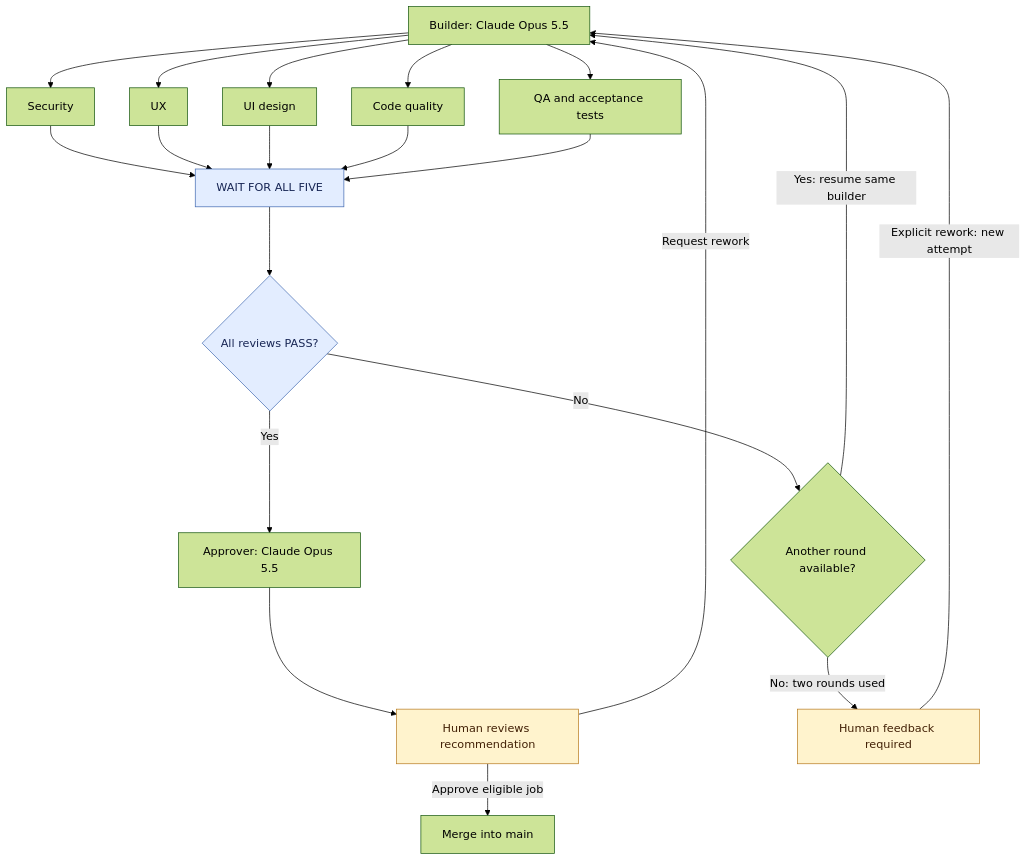
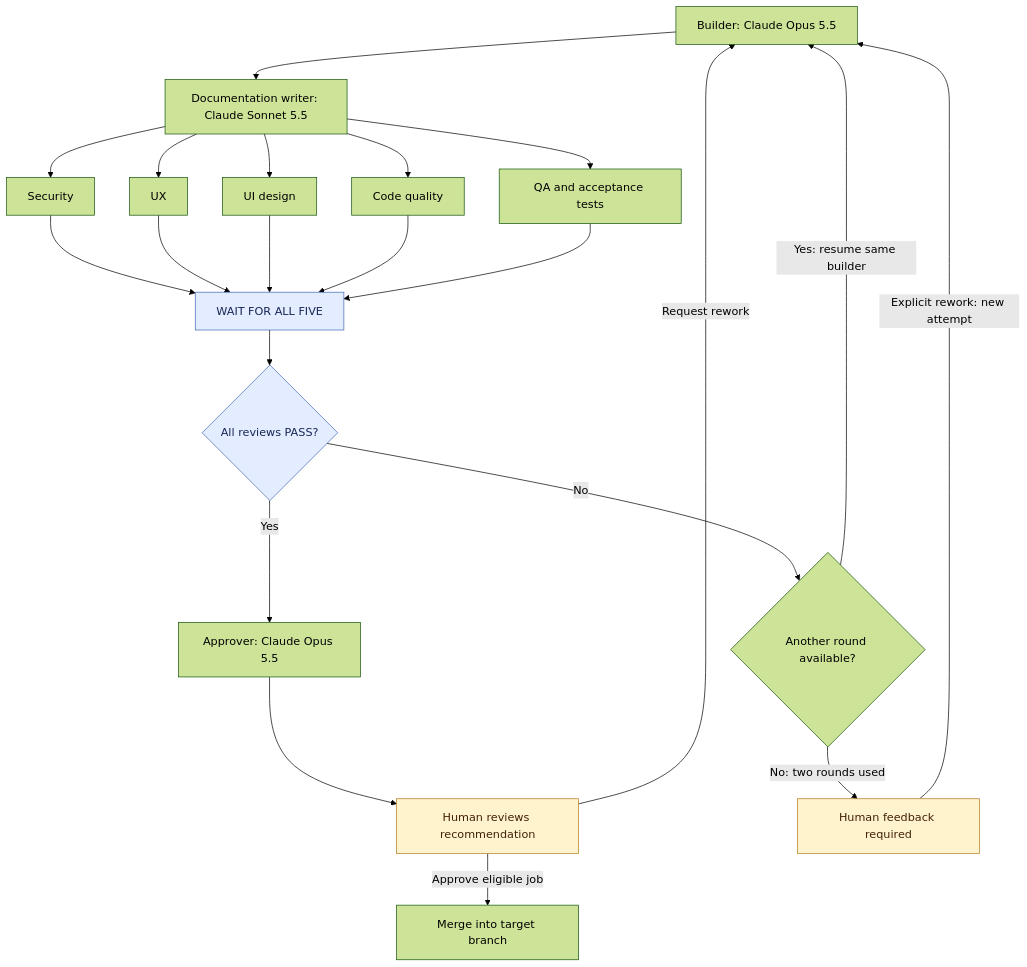
Before and after one commit to faiqfarooq/software-factory: the second of 4 diagrams in software-factory/README.md, drawn with Mermaid (forest theme). The commit also changed other lines of this file and 13 other files, not shown here.

````diff
--- a/software-factory/README.md
+++ b/software-factory/README.md
@@ -71,33 +108,34 @@
 ```mermaid
 flowchart TD
     Builder["Builder: Claude Opus 5.5"]
 
-    Builder --> Security["Security"]
-    Builder --> UX["UX"]
-    Builder --> UI["UI design"]
-    Builder --> Code["Code quality"]
-    Builder --> QA["QA and acceptance tests"]
+    Builder --> Docs["Documentation writer: Claude Sonnet 5.5"]
+    Docs --> Security["Security"]
+    Docs --> UX["UX"]
+    Docs --> UI["UI design"]
+    Docs --> Code["Code quality"]
+    Docs --> QA["QA and acceptance tests"]
 
     Security --> Wait["WAIT FOR ALL FIVE"]
     UX --> Wait
     UI --> Wait
     Code --> Wait
     QA --> Wait
 
     Wait --> Verdict{"All reviews PASS?"}
 
     Verdict -->|Yes| Approver["Approver: Claude Opus 5.5"]
     Approver --> Human["Human reviews recommendation"]
-    Human -->|Approve eligible job| Merge["Merge into main"]
+    Human -->|Approve eligible job| Merge["Merge into target branch"]
     Human -->|Request rework| Builder
 
     Verdict -->|No| Budget{"Another round available?"}
     Budget -->|Yes: resume same builder| Builder
     Budget -->|No: two rounds used| Feedback["Human feedback required"]
     Feedback -->|Explicit rework: new attempt| Builder
 
     classDef human fill:#fff3cd,stroke:#b7791f,color:#422006;
     class Human,Feedback human;
     classDef gate fill:#e3edff,stroke:#4169b1,color:#172554;
     class Wait,Verdict gate;
 ```
````
